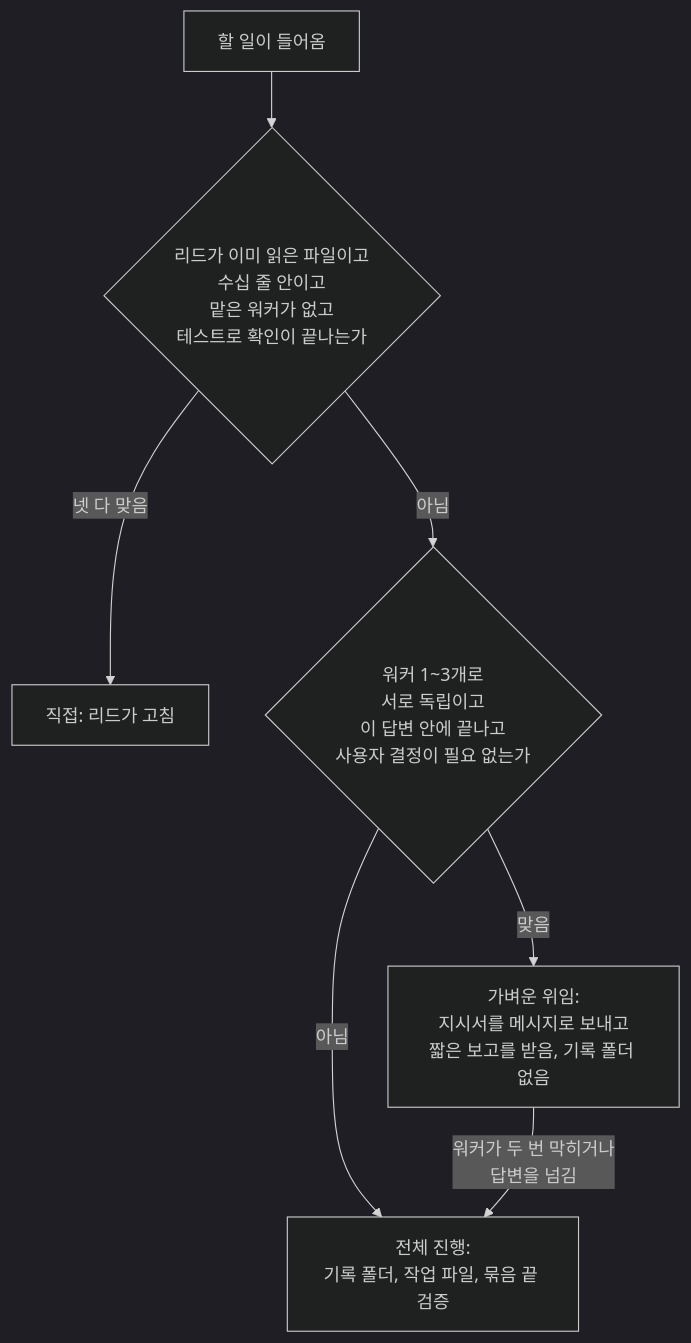
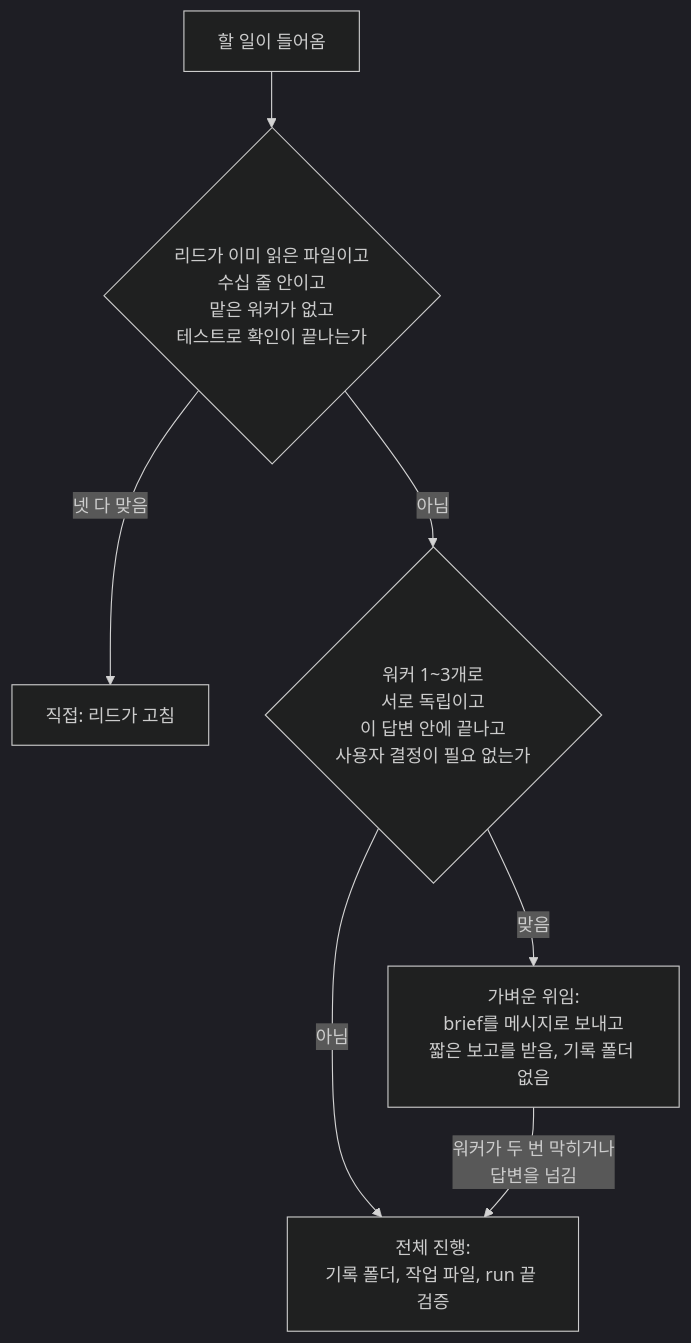
The first of 3 diagrams in docs/relay.md (Circlewee/hubblerc), drawn with Mermaid (dark theme) before and after one commit. The commit also changed other lines of this file and 1 other file, not shown here.

First line of the commit message:
Docs: the spec's relay sections and relay.md use the screen's words — run, brief, revision, verdict, package, gate, trailer

````diff
--- a/docs/relay.md
+++ b/docs/relay.md
@@ -9,9 +9,9 @@
 ```mermaid
 flowchart TD
     A[할 일이 들어옴] --> B{리드가 이미 읽은 파일이고<br/>수십 줄 안이고<br/>맡은 워커가 없고<br/>테스트로 확인이 끝나는가}
     B -- 넷 다 맞음 --> D[직접: 리드가 고침]
     B -- 아님 --> C{워커 1~3개로<br/>서로 독립이고<br/>이 답변 안에 끝나고<br/>사용자 결정이 필요 없는가}
-    C -- 맞음 --> L[가벼운 위임:<br/>지시서를 메시지로 보내고<br/>짧은 보고를 받음, 기록 폴더 없음]
-    C -- 아님 --> F[전체 진행:<br/>기록 폴더, 작업 파일, 묶음 끝 검증]
+    C -- 맞음 --> L[가벼운 위임:<br/>brief를 메시지로 보내고<br/>짧은 보고를 받음, 기록 폴더 없음]
+    C -- 아님 --> F[전체 진행:<br/>기록 폴더, 작업 파일, run 끝 검증]
     L -- 워커가 두 번 막히거나<br/>답변을 넘김 --> F
 ```
````
